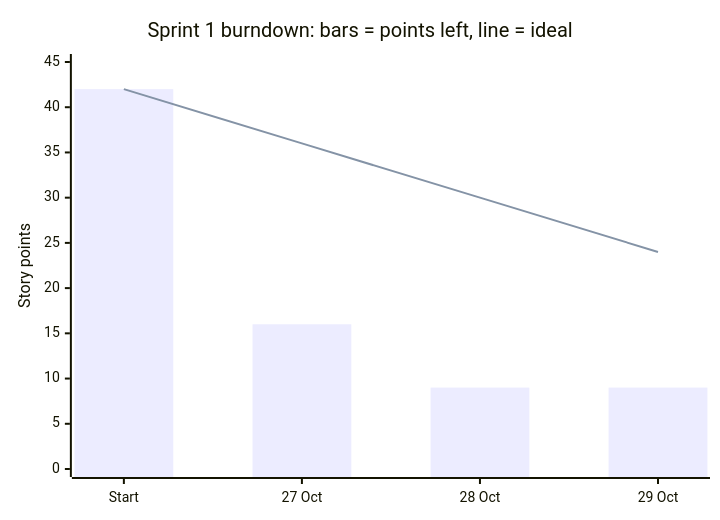
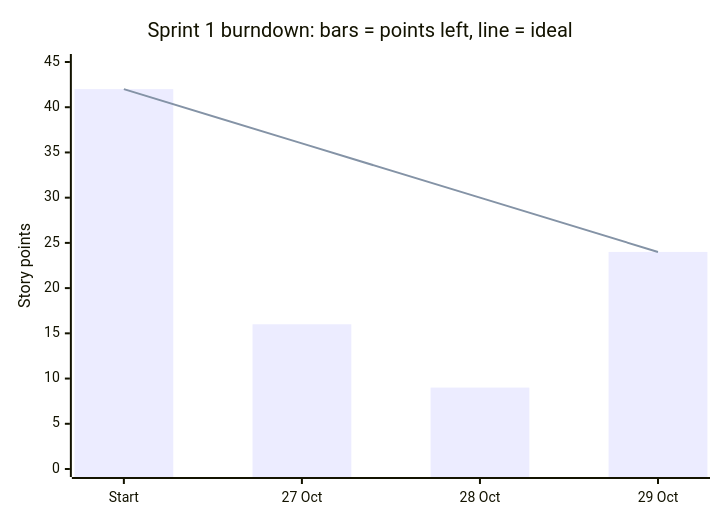
The diagram in docs/sprint-1.md (ADRIAN-NEATU/portfolio-health-check), drawn with Mermaid before and after one commit. The commit also changed other lines of this file and 3 other files, not shown here.

````diff
--- a/docs/sprint-1.md
+++ b/docs/sprint-1.md
@@ -63,8 +65,8 @@
 ```mermaid
 xychart-beta
     title "Sprint 1 burndown: bars = points left, line = ideal"
     x-axis ["Start", "27 Oct", "28 Oct", "29 Oct"]
     y-axis "Story points" 0 --> 45
-    bar [42, 16, 9, 9]
+    bar [42, 16, 9, 24]
     line [42, 36, 30, 24]
 ```
````
